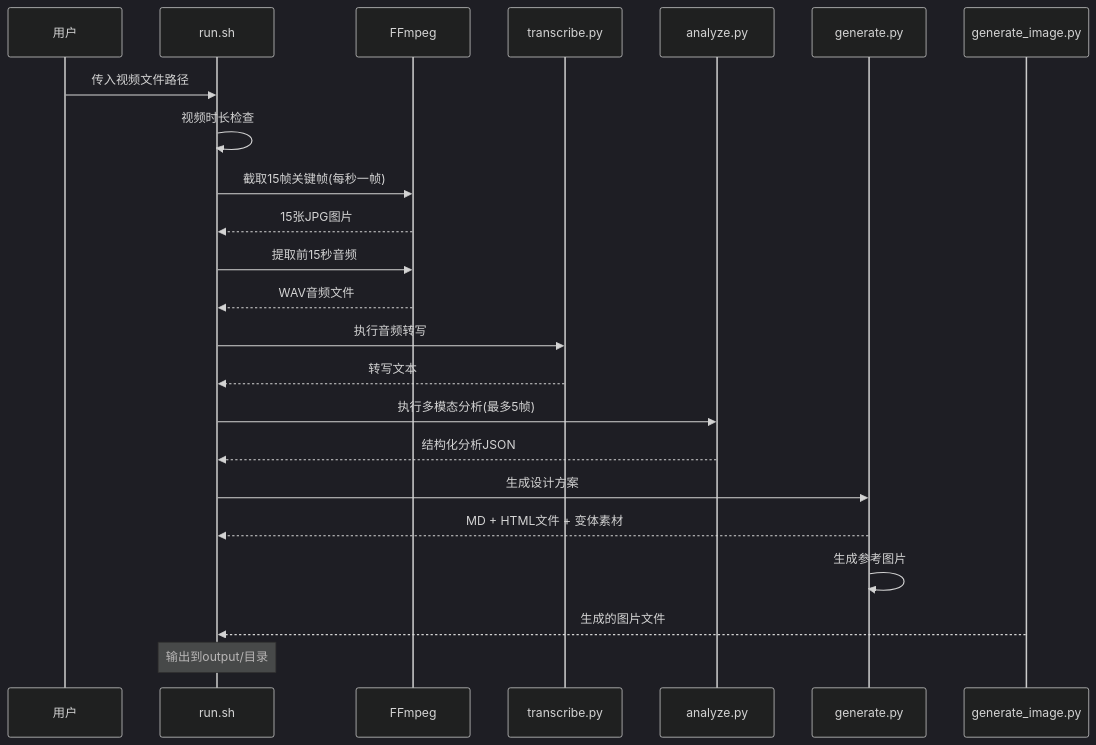
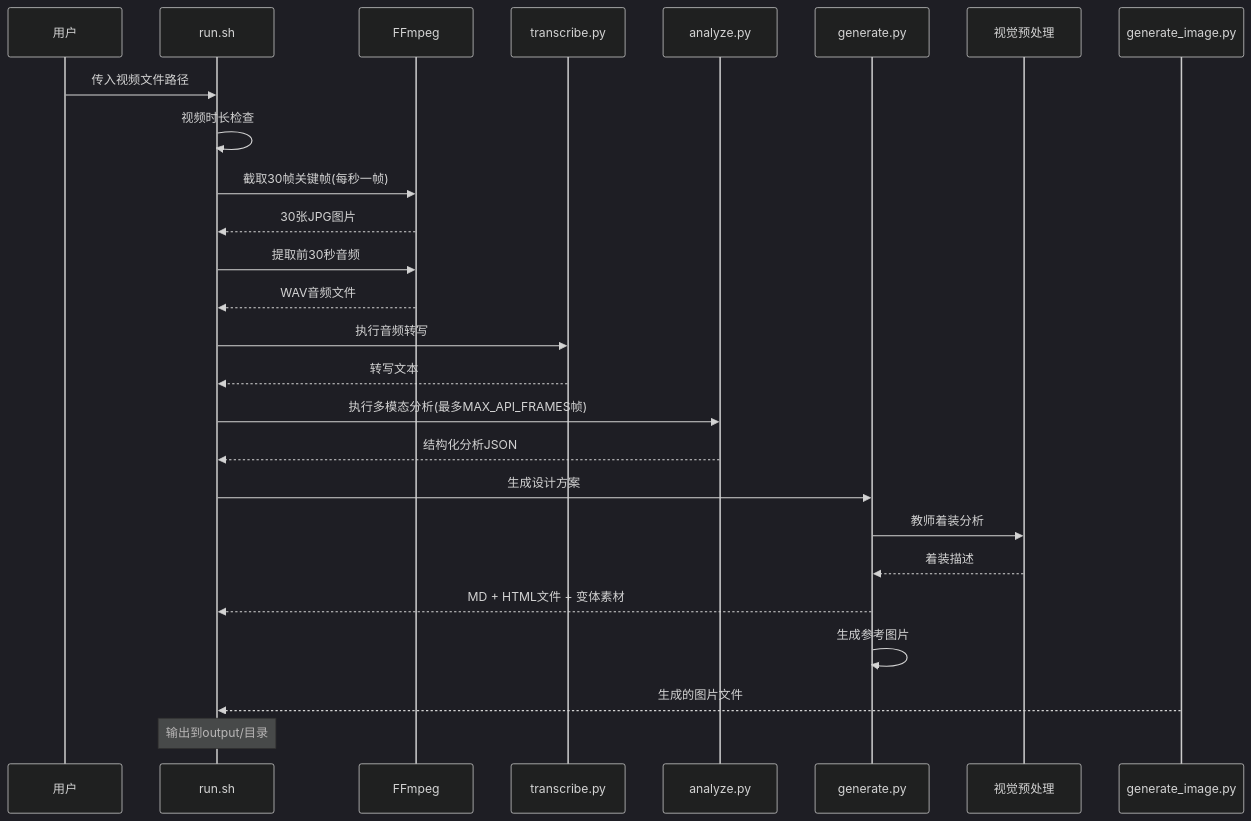
Before and after one commit to WongMingJiu/landingpage-test-hero-page: the second of 18 diagrams in .qoder/repowiki/zh/content/配置和定制/配置和定制.md, drawn with Mermaid (dark theme). The commit also changed other lines of this file and 7 other files, not shown here.

````diff
--- a/.qoder/repowiki/zh/content/配置和定制/配置和定制.md
+++ b/.qoder/repowiki/zh/content/配置和定制/配置和定制.md
@@ -142,25 +148,28 @@
 ```mermaid
 sequenceDiagram
 participant User as 用户
 participant Run as run.sh
 participant FFmpeg as FFmpeg
 participant Transcribe as transcribe.py
 participant Analyze as analyze.py
 participant Generate as generate.py
+participant VisualPreprocess as 视觉预处理
 participant GenerateImage as generate_image.py
 User->>Run : 传入视频文件路径
 Run->>Run : 视频时长检查
-Run->>FFmpeg : 截取15帧关键帧(每秒一帧)
-FFmpeg-->>Run : 15张JPG图片
-Run->>FFmpeg : 提取前15秒音频
+Run->>FFmpeg : 截取30帧关键帧(每秒一帧)
+FFmpeg-->>Run : 30张JPG图片
+Run->>FFmpeg : 提取前30秒音频
 FFmpeg-->>Run : WAV音频文件
 Run->>Transcribe : 执行音频转写
 Transcribe-->>Run : 转写文本
-Run->>Analyze : 执行多模态分析(最多5帧)
+Run->>Analyze : 执行多模态分析(最多MAX_API_FRAMES帧)
 Analyze-->>Run : 结构化分析JSON
 Run->>Generate : 生成设计方案
+Generate->>VisualPreprocess : 教师着装分析
+VisualPreprocess-->>Generate : 着装描述
 Generate-->>Run : MD + HTML文件 + 变体素材
 Generate->>Generate : 生成参考图片
 GenerateImage-->>Run : 生成的图片文件
 Note over Run : 输出到output/目录
 ```
````
